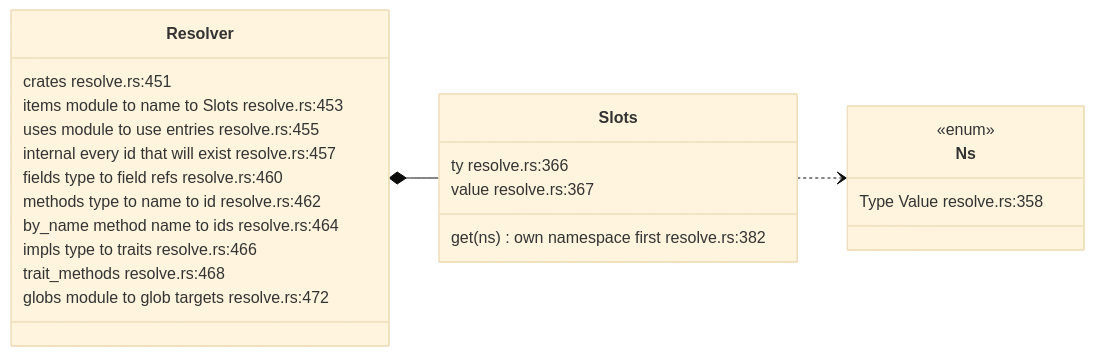
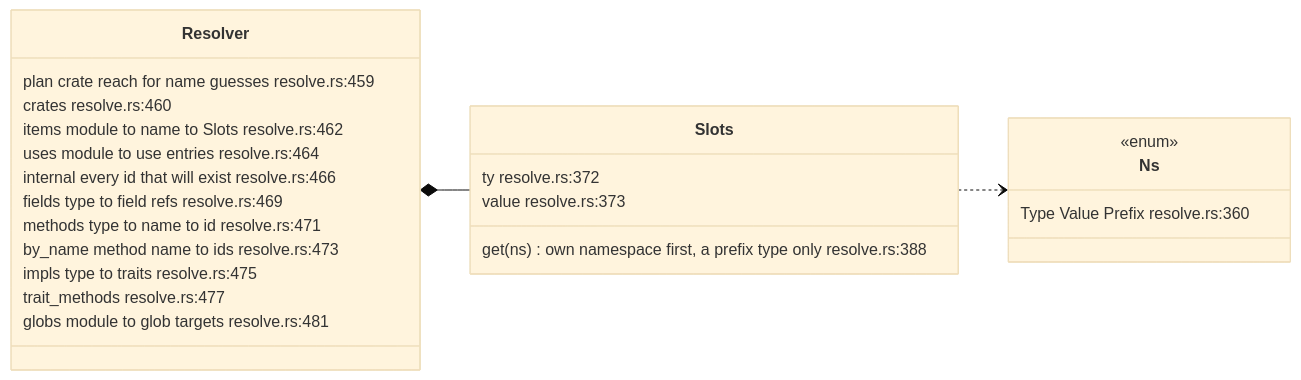
Before and after one commit to DreamLab-AI/codemaid: the first of 6 diagrams in docs/diagrams/extract/05-workspace-name-resolution.md, drawn with Mermaid (base theme). The commit also changed other lines of this file and 23 other files, not shown here.

````diff
--- a/docs/diagrams/extract/05-workspace-name-resolution.md
+++ b/docs/diagrams/extract/05-workspace-name-resolution.md
@@ -55,27 +58,28 @@
 ```mermaid
 classDiagram
     direction LR
     class Resolver {
-        crates  resolve.rs:451
-        items module to name to Slots  resolve.rs:453
-        uses module to use entries  resolve.rs:455
-        internal every id that will exist  resolve.rs:457
-        fields type to field refs  resolve.rs:460
-        methods type to name to id  resolve.rs:462
-        by_name method name to ids  resolve.rs:464
-        impls type to traits  resolve.rs:466
-        trait_methods  resolve.rs:468
-        globs module to glob targets  resolve.rs:472
+        plan crate reach for name guesses  resolve.rs:459
+        crates  resolve.rs:460
+        items module to name to Slots  resolve.rs:462
+        uses module to use entries  resolve.rs:464
+        internal every id that will exist  resolve.rs:466
+        fields type to field refs  resolve.rs:469
+        methods type to name to id  resolve.rs:471
+        by_name method name to ids  resolve.rs:473
+        impls type to traits  resolve.rs:475
+        trait_methods  resolve.rs:477
+        globs module to glob targets  resolve.rs:481
     }
     class Slots {
-        ty  resolve.rs:366
-        value  resolve.rs:367
-        get(ns) own namespace first  resolve.rs:382
+        ty  resolve.rs:372
+        value  resolve.rs:373
+        get(ns) own namespace first, a prefix type only  resolve.rs:388
     }
     class Ns {
         <<enum>>
-        Type Value  resolve.rs:358
+        Type Value Prefix  resolve.rs:360
     }
     Resolver *-- Slots
     Slots ..> Ns
 ```
````
